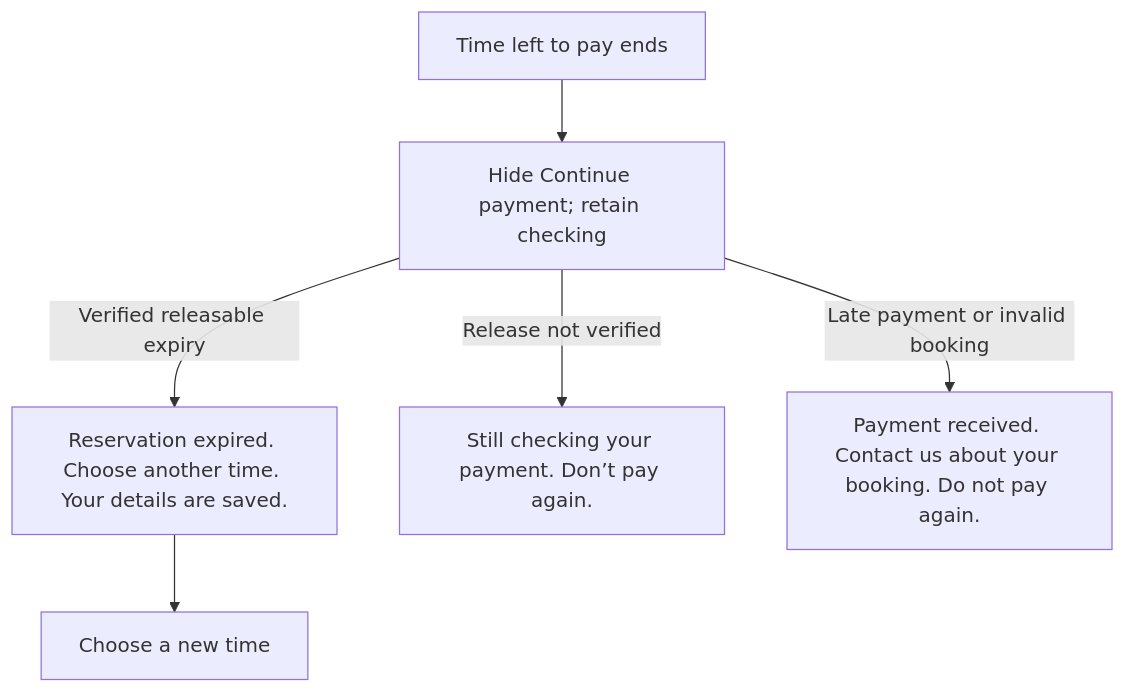
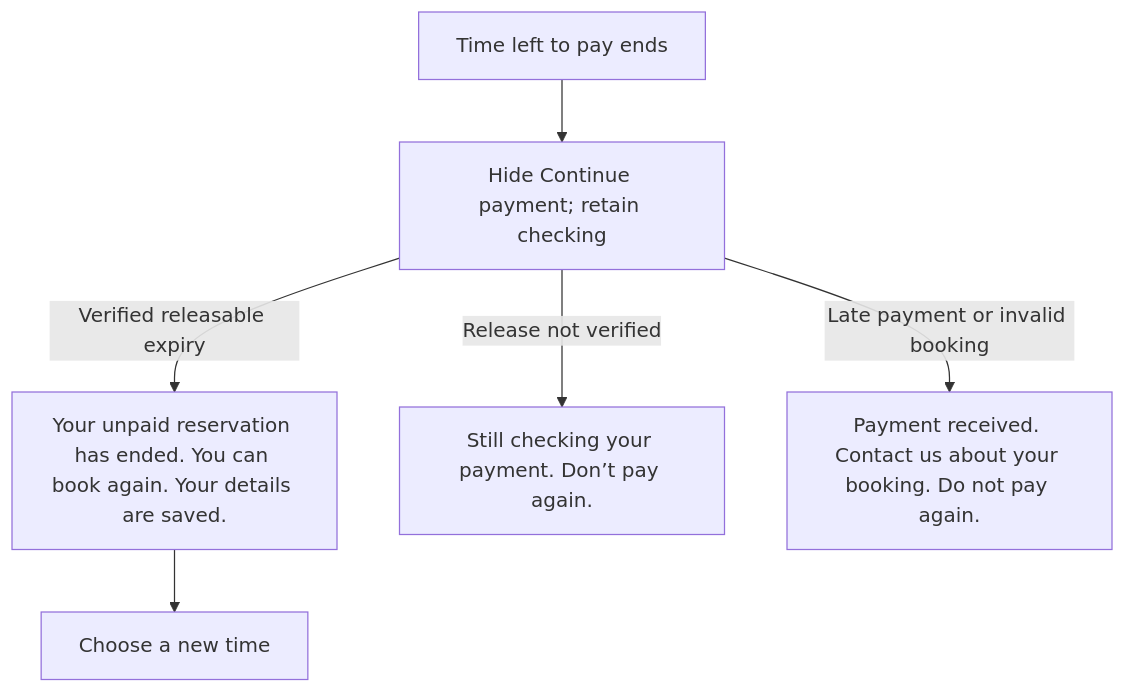
One commit to soccerbotstudiosg/soccerbotstudioSG changed diagram 13 of 19 in docs/booking-flows.md. Above: the diagram before and after it, drawn with Mermaid. The commit also changed other lines of this file and 41 other files, not shown here.

````diff
--- a/docs/booking-flows.md
+++ b/docs/booking-flows.md
@@ -177,8 +177,8 @@
 ```mermaid
 flowchart TD
   A["Time left to pay ends"] --> B["Hide Continue payment; retain checking"]
-  B -->|Verified releasable expiry| C["Reservation expired. Choose another time. Your details are saved."]
+  B -->|Verified releasable expiry| C["Your unpaid reservation has ended. You can book again. Your details are saved."]
   B -->|Release not verified| D["Still checking your payment. Don’t pay again."]
   B -->|Late payment or invalid booking| E["Payment received. Contact us about your booking. Do not pay again."]
   C --> F["Choose a new time"]
 ```
````
